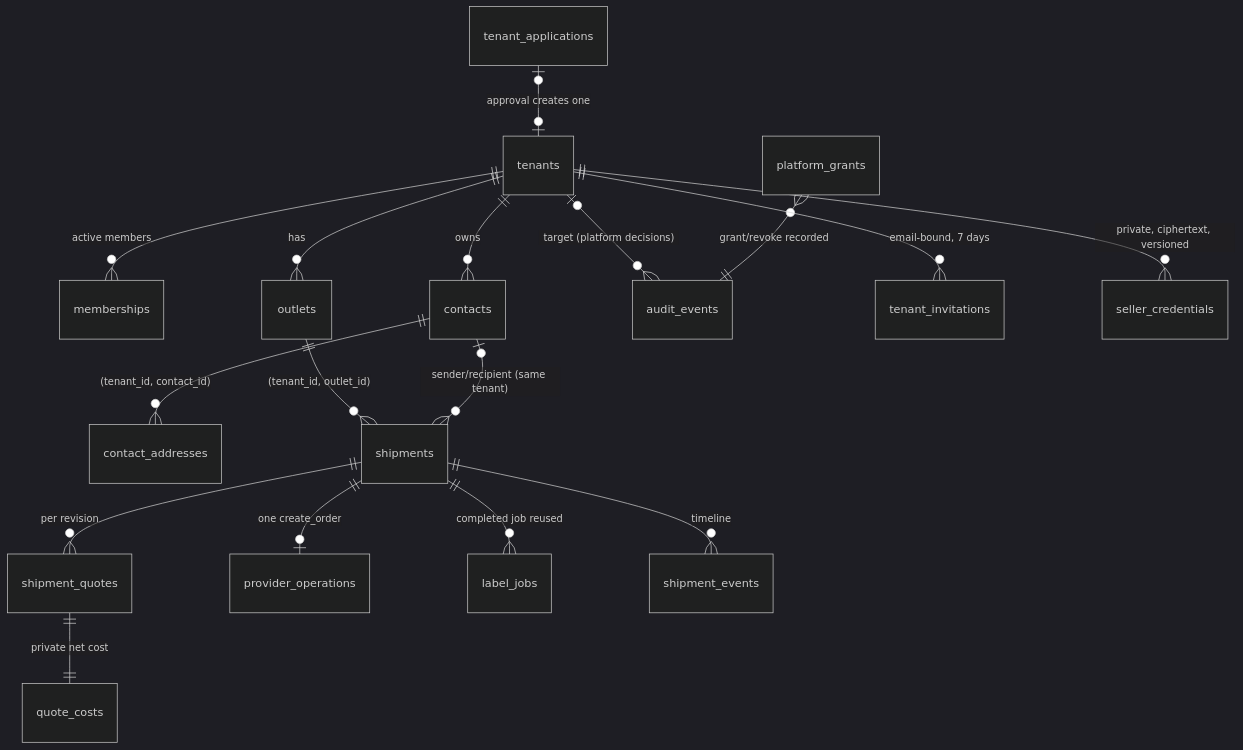
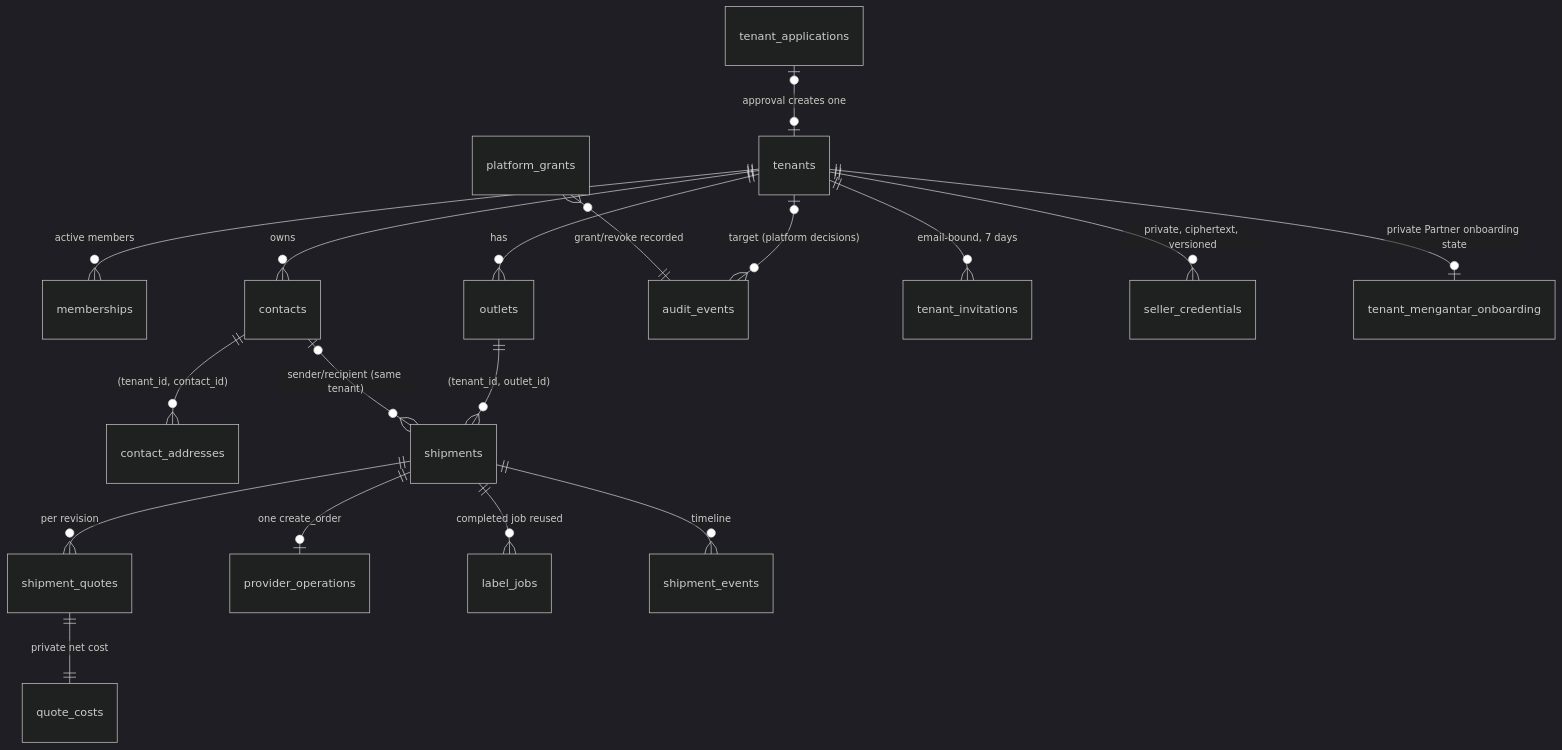
One commit to ongkipro/geraiexpress changed the third of 4 diagrams in ARCHITECTURE.md. Above: the diagram before and after it, drawn with Mermaid (dark theme). The commit also changed other lines of this file and 49 other files, not shown here.

Commit message:
Complete Mengantar COD, batch payment, Partner onboarding, and GeraiExpress marketing (T-025..T-030)

````diff
--- a/ARCHITECTURE.md
+++ b/ARCHITECTURE.md
@@ -148,19 +159,20 @@
 ```mermaid
 erDiagram
     tenants ||--o{ memberships : "active members"
     tenants ||--o{ outlets : has
     tenants ||--o{ contacts : owns
     contacts ||--o{ contact_addresses : "(tenant_id, contact_id)"
     outlets ||--o{ shipments : "(tenant_id, outlet_id)"
     contacts |o--o{ shipments : "sender/recipient (same tenant)"
     shipments ||--o{ shipment_quotes : "per revision"
     shipment_quotes ||--|| quote_costs : "private net cost"
     shipments ||--o| provider_operations : "one create_order"
     shipments ||--o{ label_jobs : "completed job reused"
     shipments ||--o{ shipment_events : timeline
     tenants |o--o{ audit_events : "target (platform decisions)"
     platform_grants }o--|| audit_events : "grant/revoke recorded"
     tenant_applications |o--o| tenants : "approval creates one"
     tenants ||--o{ tenant_invitations : "email-bound, 7 days"
     tenants ||--o{ seller_credentials : "private, ciphertext, versioned"
+    tenants ||--o| tenant_mengantar_onboarding : "private Partner onboarding state"
 ```
````
